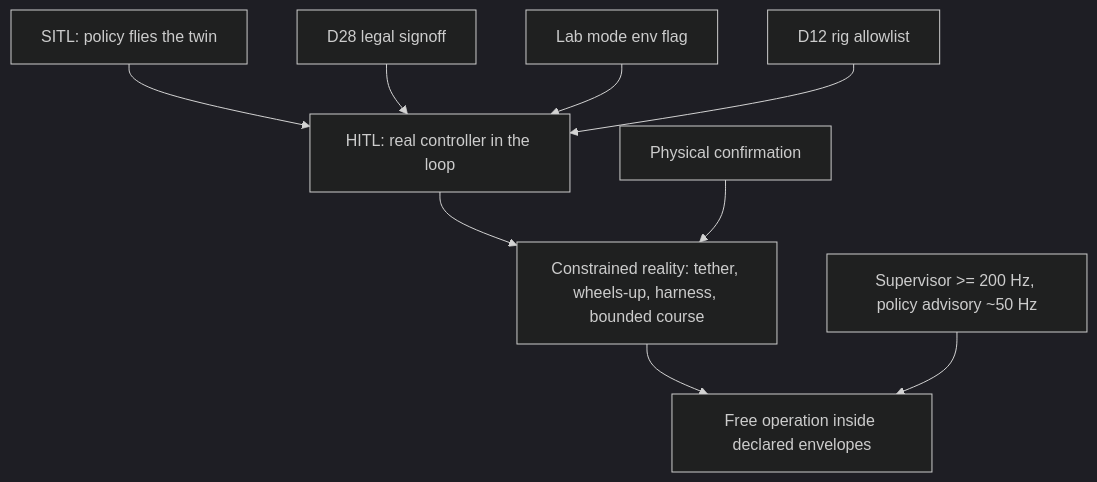
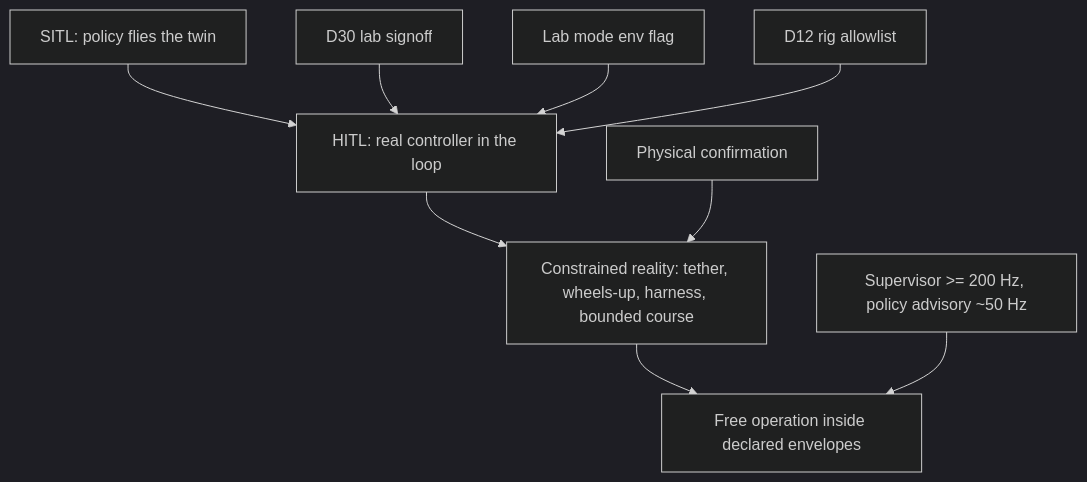
One commit to RNT56/TTC changed the third of 5 diagrams in README.md. Above: the diagram before and after it, drawn with Mermaid (dark theme). The commit also changed other lines of this file and 21 other files, not shown here.

First line of the commit message:
Record D30 D12 lab hardware signoff

````diff
--- a/README.md
+++ b/README.md
@@ -181,12 +181,12 @@
 ```mermaid
 flowchart TD
   S0["SITL: policy flies the twin"] --> S1["HITL: real controller in the loop"]
   S1 --> S2["Constrained reality: tether, wheels-up, harness, bounded course"]
   S2 --> S3["Free operation inside declared envelopes"]
 
-  G0["D28 legal signoff"] --> S1
+  G0["D30 lab signoff"] --> S1
   G1["Lab mode env flag"] --> S1
   G2["D12 rig allowlist"] --> S1
   G3["Physical confirmation"] --> S2
   G4["Supervisor >= 200 Hz, policy advisory ~50 Hz"] --> S3
 ```
````
